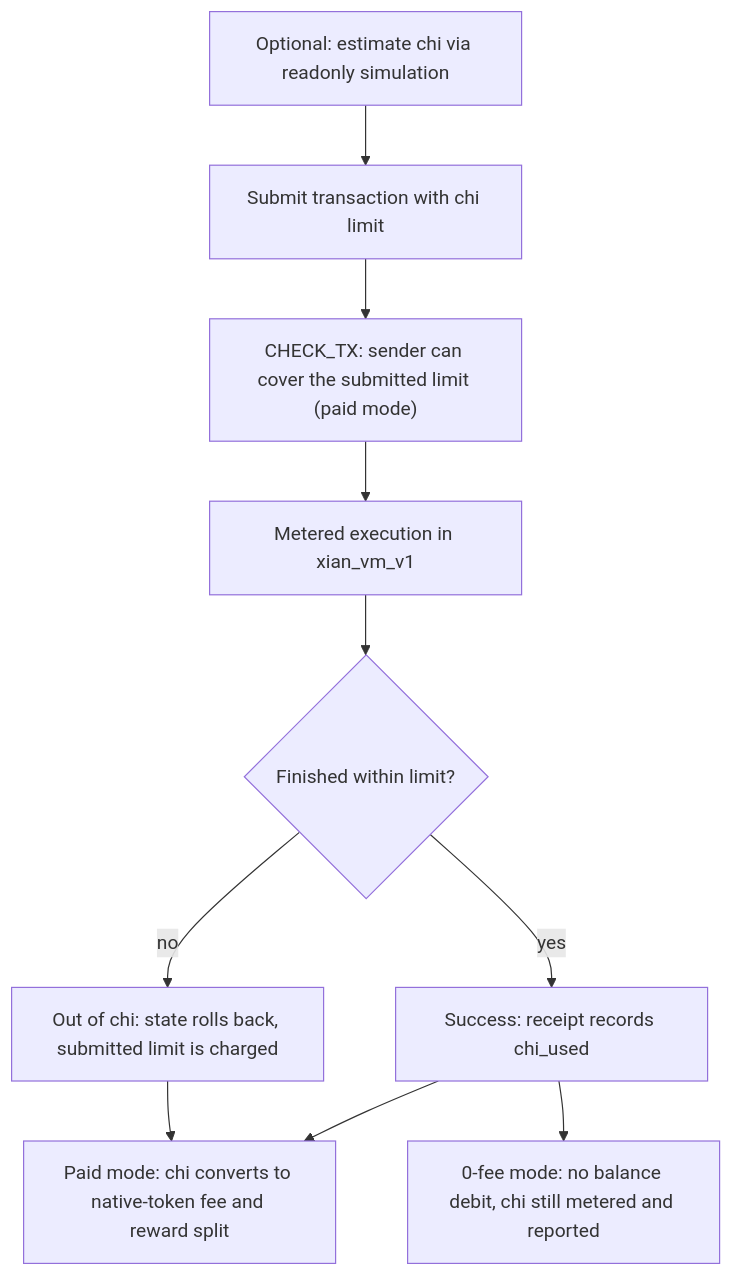
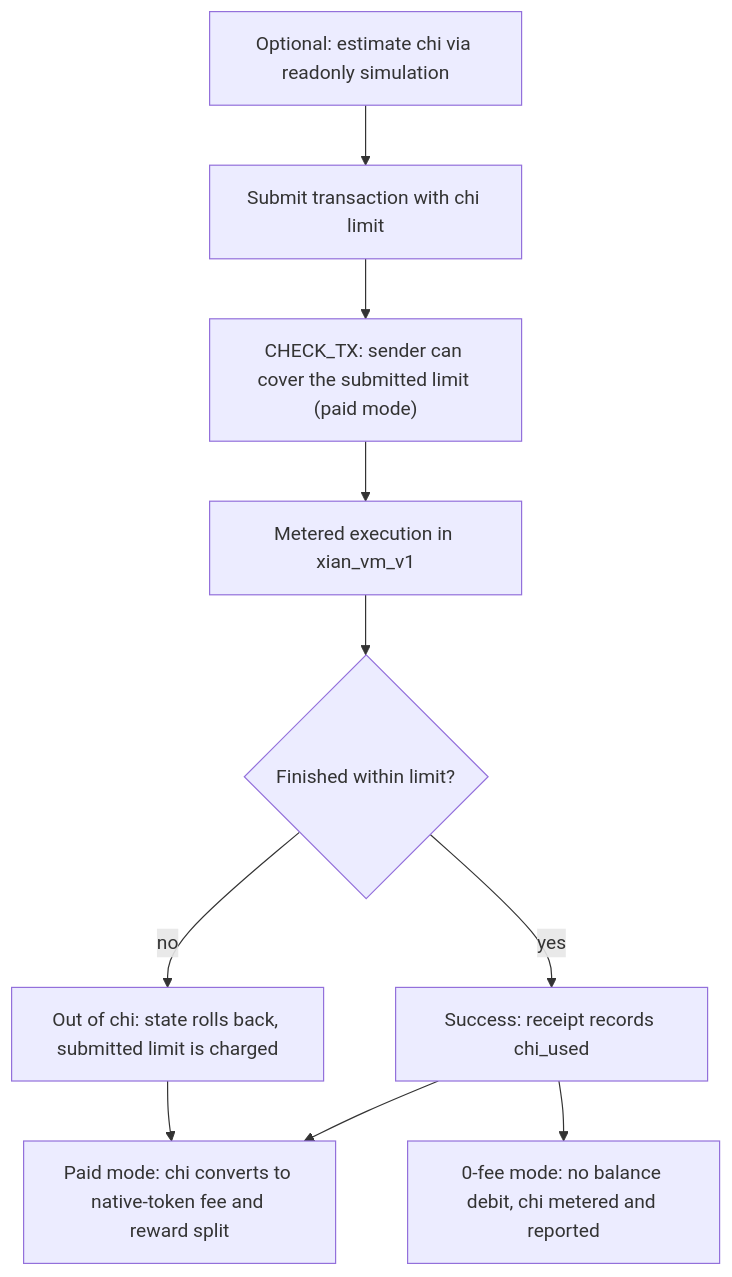
Before and after one commit to xian-technology/xian-docs-web: the diagram in concepts/chi.md, drawn with Mermaid. The commit also changed other lines of this file and 71 other files, not shown here.

````diff
--- a/concepts/chi.md
+++ b/concepts/chi.md
@@ -22,22 +22,22 @@
 ```mermaid
 flowchart TD
   Estimate["Optional: estimate chi via readonly simulation"]
   Submit["Submit transaction with chi limit"]
   Admit["CHECK_TX: sender can cover the submitted limit (paid mode)"]
   Execute["Metered execution in xian_vm_v1"]
   Within{"Finished within limit?"}
   Success["Success: receipt records chi_used"]
   Fail["Out of chi: state rolls back, submitted limit is charged"]
   Fee["Paid mode: chi converts to native-token fee and reward split"]
-  Free["0-fee mode: no balance debit, chi still metered and reported"]
+  Free["0-fee mode: no balance debit, chi metered and reported"]
 
   Estimate --> Submit
   Submit --> Admit
   Admit --> Execute
   Execute --> Within
   Within -->|yes| Success
   Within -->|no| Fail
   Success --> Fee
   Success --> Free
   Fail --> Fee
 ```
````
